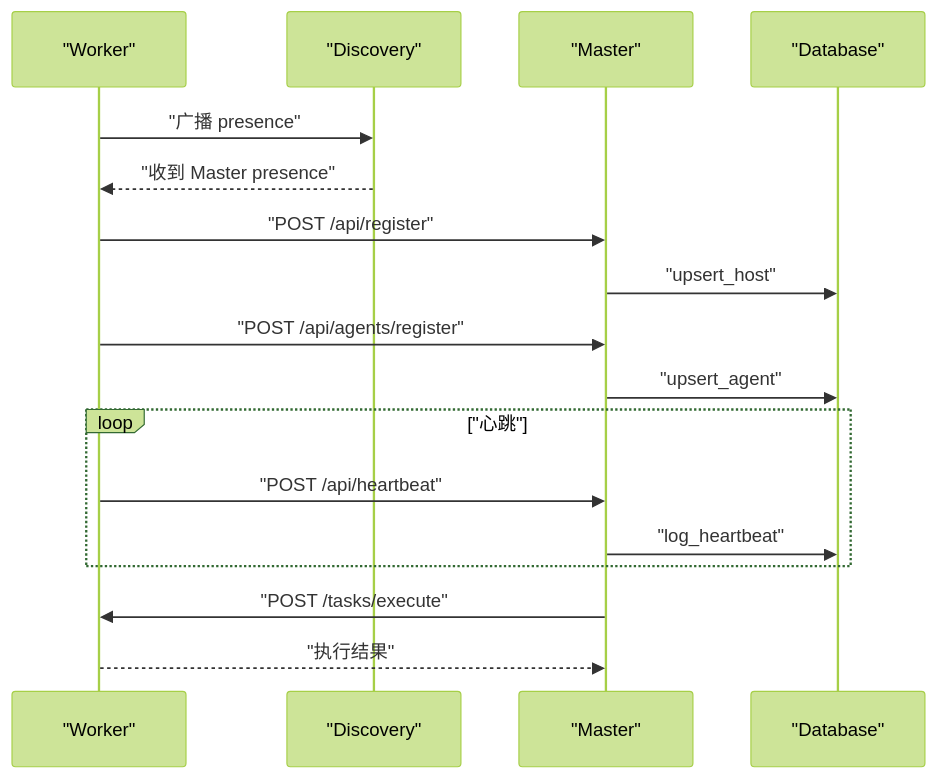
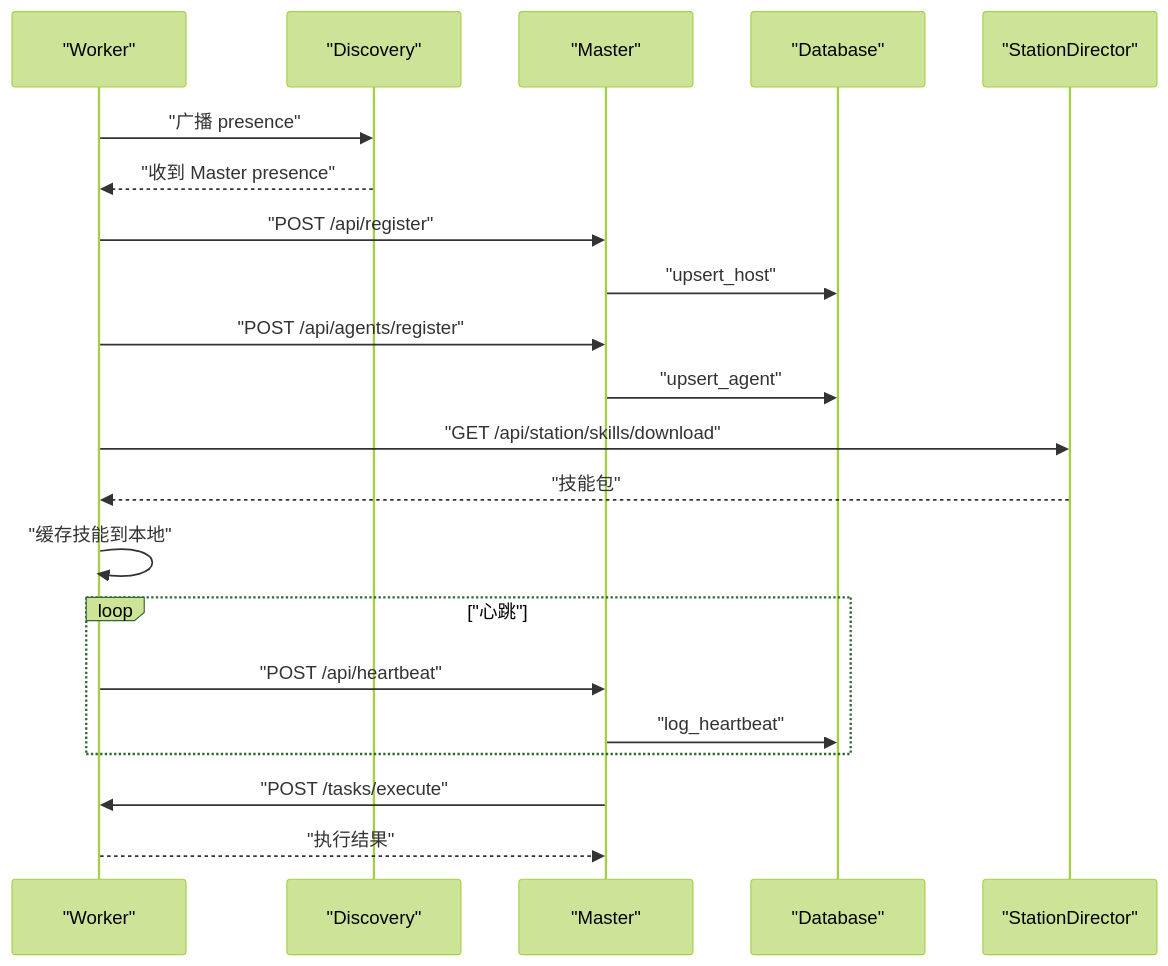
One commit to targalian/Personal-distributed-workstation changed the tenth of 11 diagrams in .qoder/repowiki/zh/content/架构设计/Worker 代理/Worker 代理.md. Above: the diagram before and after it, drawn with Mermaid (forest theme). The commit also changed other lines of this file and 92 other files, not shown here.

````diff
--- a/.qoder/repowiki/zh/content/架构设计/Worker 代理/Worker 代理.md
+++ b/.qoder/repowiki/zh/content/架构设计/Worker 代理/Worker 代理.md
@@ -370,19 +456,23 @@
 ```mermaid
 sequenceDiagram
 participant W as "Worker"
 participant D as "Discovery"
 participant M as "Master"
 participant DB as "Database"
+participant SD as "StationDirector"
 W->>D : "广播 presence"
 D-->>W : "收到 Master presence"
 W->>M : "POST /api/register"
 M->>DB : "upsert_host"
 W->>M : "POST /api/agents/register"
 M->>DB : "upsert_agent"
+W->>SD : "GET /api/station/skills/download"
+SD-->>W : "技能包"
+W->>W : "缓存技能到本地"
 loop "心跳"
 W->>M : "POST /api/heartbeat"
 M->>DB : "log_heartbeat"
 end
 M->>W : "POST /tasks/execute"
 W-->>M : "执行结果"
 ```
````
